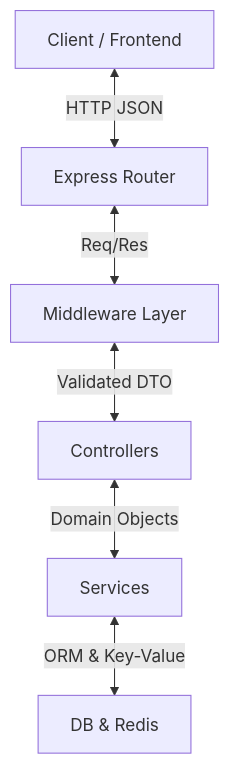
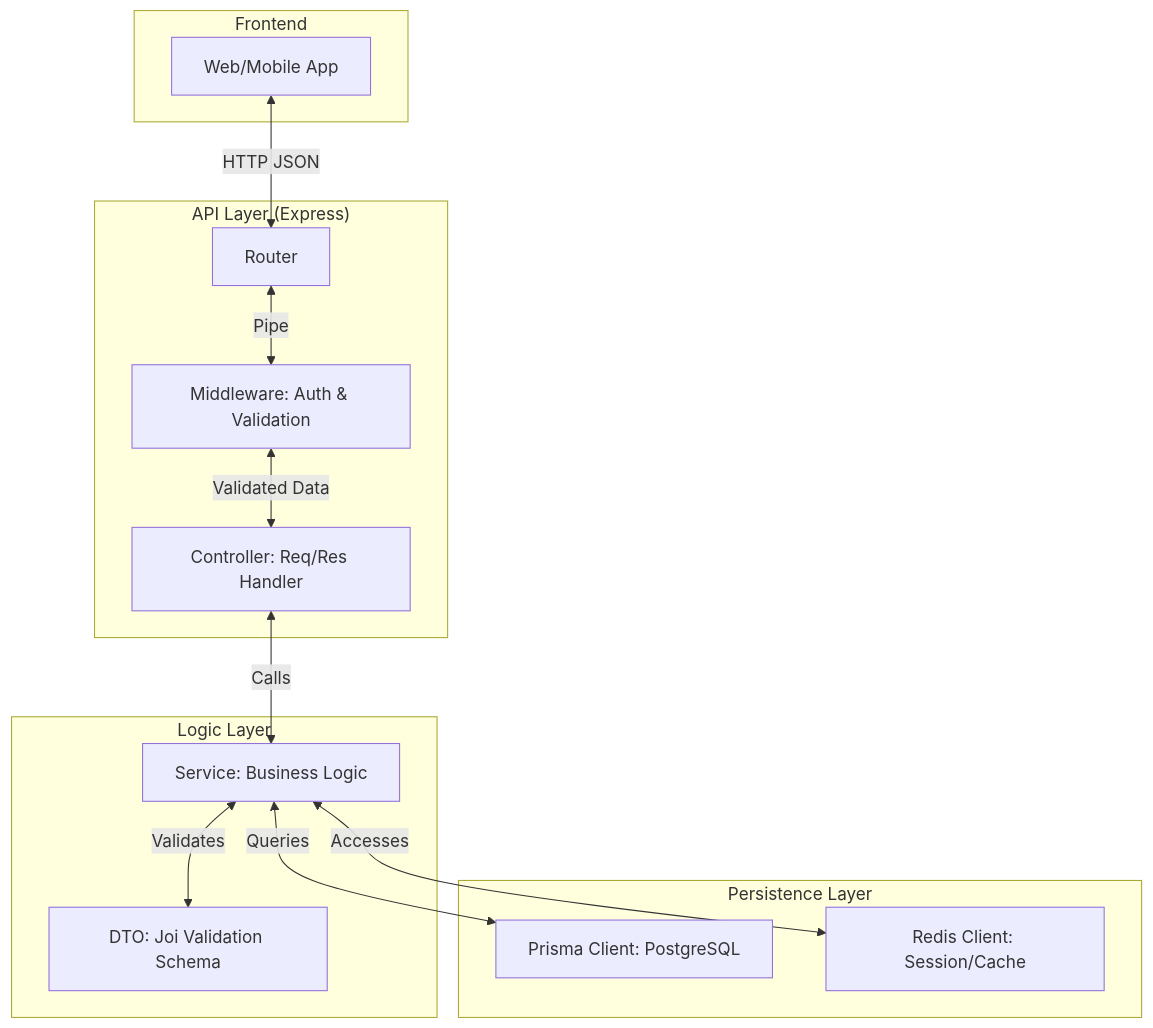
The first of 3 diagrams in backend/docs/data_flow.md (siddhantdeval/real-time-task-manager), drawn with Mermaid before and after one commit. The commit also changed other lines of this file and 3 other files, not shown here.

Commit message:
docs: comprehensive rewrite of API reference, backend overview, and system data flow

````diff
--- a/backend/docs/data_flow.md
+++ b/backend/docs/data_flow.md
@@ -9,8 +8,30 @@
 ```mermaid
 graph TD
-    Client[Client / Frontend] <-->|HTTP JSON| Router[Express Router]
-    Router <-->|Req/Res| Middleware[Middleware Layer]
-    Middleware <-->|Validated DTO| Controller[Controllers]
-    Controller <-->|Domain Objects| Service[Services]
-    Service <-->|ORM & Key-Value| PersistenceLayer[DB & Redis]
+    subgraph Frontend
+        Client[Web/Mobile App]
+    end
+
+    subgraph "API Layer (Express)"
+        Router[Router]
+        Middleware[Middleware: Auth & Validation]
+        Controller[Controller: Req/Res Handler]
+    end
+
+    subgraph "Logic Layer"
+        Service[Service: Business Logic]
+        DTO[DTO: Joi Validation Schema]
+    end
+
+    subgraph "Persistence Layer"
+        Prisma[Prisma Client: PostgreSQL]
+        Redis[Redis Client: Session/Cache]
+    end
+
+    Client <-->|HTTP JSON| Router
+    Router <-->|Pipe| Middleware
+    Middleware <-->|Validated Data| Controller
+    Controller <-->|Calls| Service
+    Service <-->|Validates| DTO
+    Service <-->|Queries| Prisma
+    Service <-->|Accesses| Redis
 ```
````
